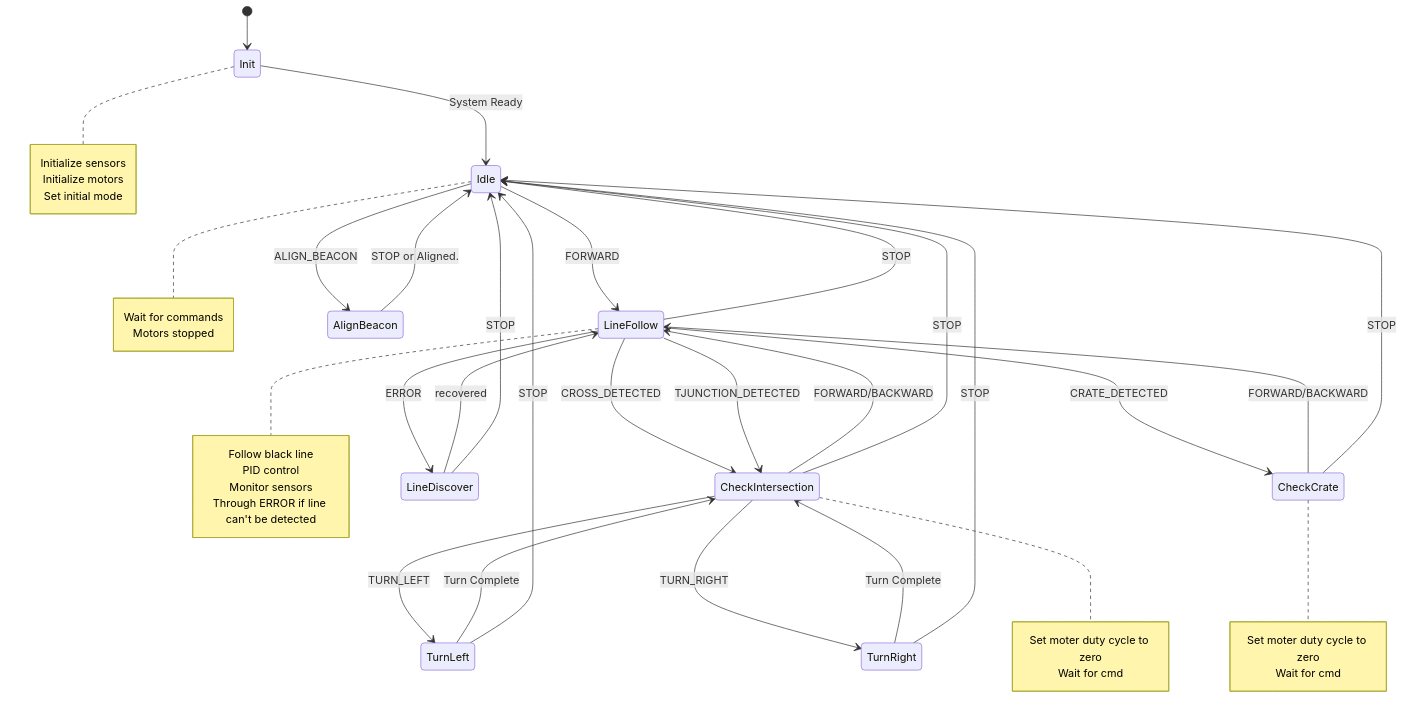
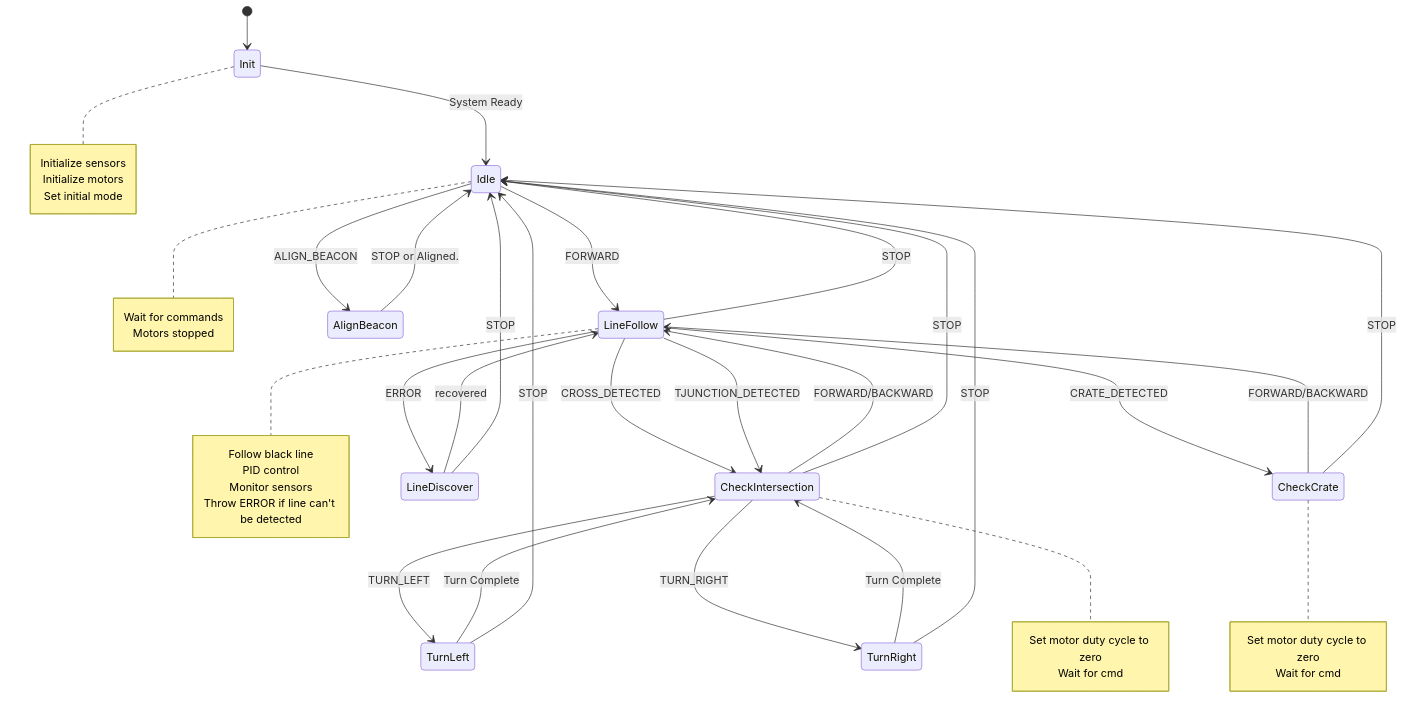
The diagram in FSM/navigator.md (yuanzhedong/ME218-final), drawn with Mermaid before and after one commit.

Commit message:
fix navigator graph

````diff
--- a/FSM/navigator.md
+++ b/FSM/navigator.md
@@ -1,60 +1,60 @@
 ```mermaid
 stateDiagram-v2
     [*] --> Init
     
     Init --> Idle: System Ready
     note right of Init
         Initialize sensors
         Initialize motors
         Set initial mode
     end note
 
     Idle --> LineFollow: FORWARD
     Idle --> AlignBeacon: ALIGN_BEACON
     note right of Idle
         Wait for commands
         Motors stopped
     end note
 
     AlignBeacon --> Idle: STOP or Aligned.
 
     LineFollow --> CheckCrate: CRATE_DETECTED
     LineFollow --> CheckIntersection: CROSS_DETECTED
     LineFollow --> Idle: STOP
     LineFollow --> LineDiscover: ERROR
     LineFollow --> CheckIntersection: TJUNCTION_DETECTED
     note right of LineFollow
         Follow black line
         PID control
         Monitor sensors
-        Through ERROR if line can't be detected
+        Throw ERROR if line can't be detected
     end note
 
     CheckIntersection --> TurnLeft: TURN_LEFT
     CheckIntersection --> TurnRight: TURN_RIGHT
     CheckIntersection --> LineFollow: FORWARD/BACKWARD
     CheckIntersection --> Idle: STOP
     note right of CheckIntersection
-        Set moter duty cycle to zero
+        Set motor duty cycle to zero
         Wait for cmd
     end note
 
     TurnLeft --> CheckIntersection: Turn Complete
     TurnRight --> CheckIntersection: Turn Complete
 
     TurnLeft --> Idle: STOP
     TurnRight --> Idle: STOP
 
     LineDiscover --> LineFollow: recovered
     LineDiscover --> Idle: STOP
 
     CheckCrate --> LineFollow: FORWARD/BACKWARD
     CheckCrate --> Idle: STOP
     note right of CheckCrate
-        Set moter duty cycle to zero
+        Set motor duty cycle to zero
         Wait for cmd
     end note
 
     
 
 ```
````
